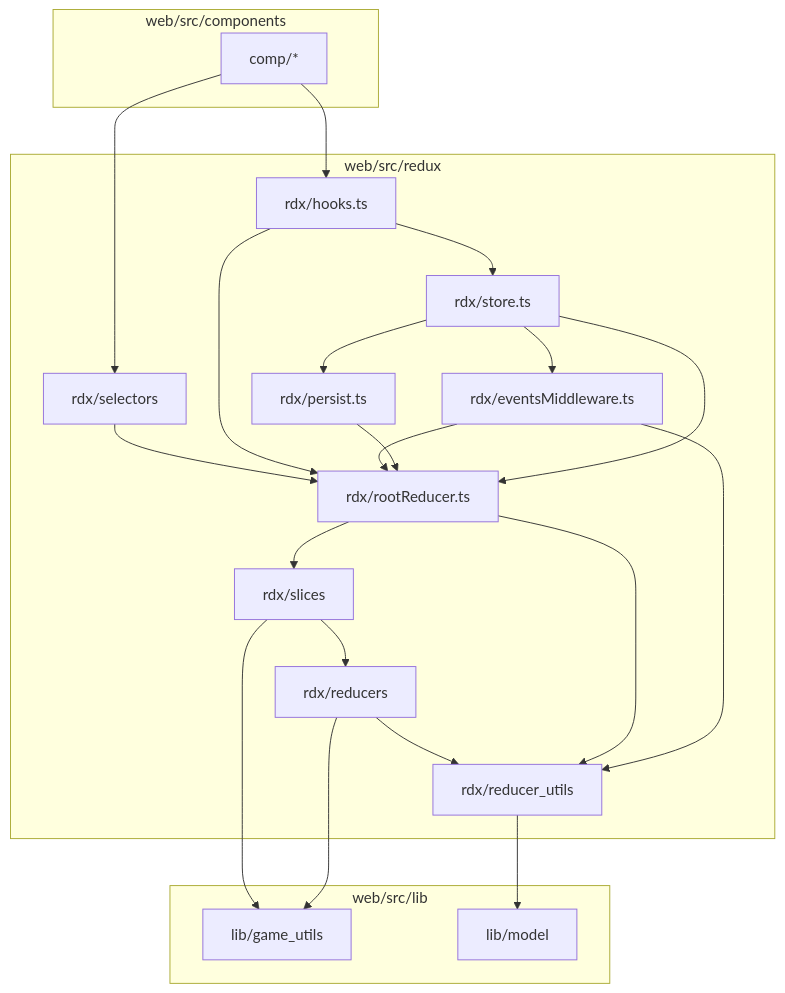
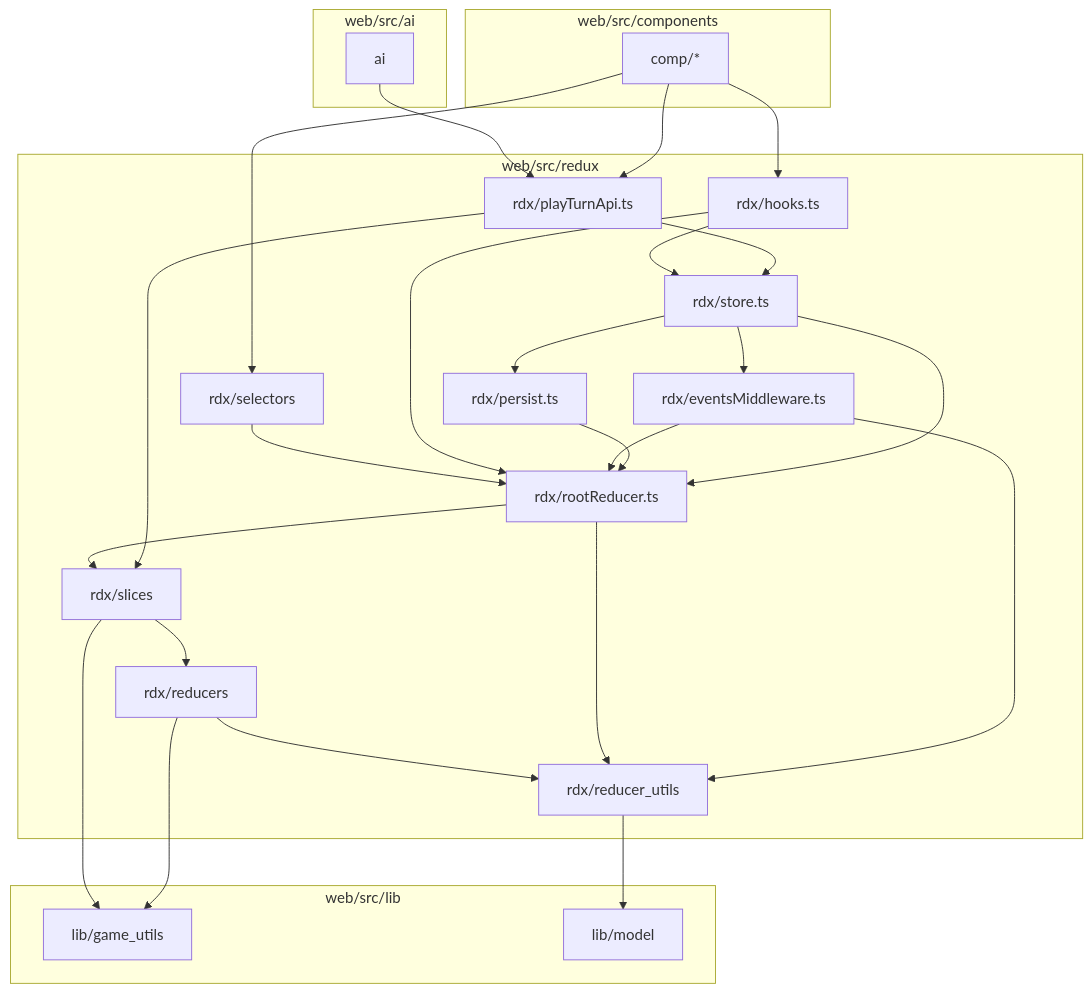
Before and after one commit to konrad-jamrozik/game-ts: the second of 3 diagrams in docs/design/about_code_dependencies.md, drawn with Mermaid. The commit also changed other lines of this file and 9 other files, not shown here.

First line of the commit message:
Move playTurnApi.ts to redux/ directory for proper dependency compliance

````diff
--- a/docs/design/about_code_dependencies.md
+++ b/docs/design/about_code_dependencies.md
@@ -116,42 +121,51 @@
 ```mermaid
 graph TD
     subgraph "web/src/components"
         Comp[comp/*]
     end
 
     subgraph "web/src/redux"
         RdxStore[rdx/store.ts]
         RdxPers[rdx/persist.ts]
         RdxRedu[rdx/rootReducer.ts]
         RdxEvt[rdx/eventsMiddleware.ts]
         RdxRed[rdx/reducers]
         RdxRedUtils[rdx/reducer_utils]
         RdxSli[rdx/slices]
         RdxHook[rdx/hooks.ts]
         RdxSel[rdx/selectors]
+        RdxPlayTurnApi[rdx/playTurnApi.ts]
+    end
+
+    subgraph "web/src/ai"
+        Ai[ai]
     end
 
     subgraph "web/src/lib"
         LibGam[lib/game_utils]
         LibMod[lib/model]
     end
 
     Comp --> RdxHook
     Comp --> RdxSel
+    Comp --> RdxPlayTurnApi
+    Ai --> RdxPlayTurnApi
+    RdxPlayTurnApi --> RdxStore
+    RdxPlayTurnApi --> RdxSli
     RdxStore --> RdxRedu
     RdxStore --> RdxEvt
     RdxStore --> RdxPers
     RdxPers --> RdxRedu
     RdxEvt --> RdxRedu
     RdxEvt --> RdxRedUtils
     RdxRedu --> RdxSli
     RdxRedu --> RdxRedUtils
     RdxSli --> RdxRed
     RdxRed --> RdxRedUtils
     RdxRed --> LibGam
     RdxRedUtils --> LibMod
     RdxSli --> LibGam
     RdxHook --> RdxStore
     RdxHook --> RdxRedu
     RdxSel --> RdxRedu
 ```
````
